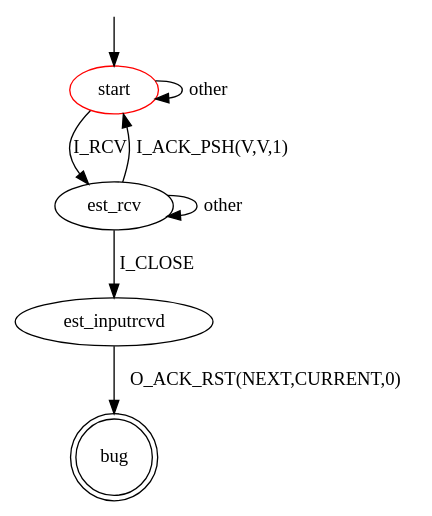
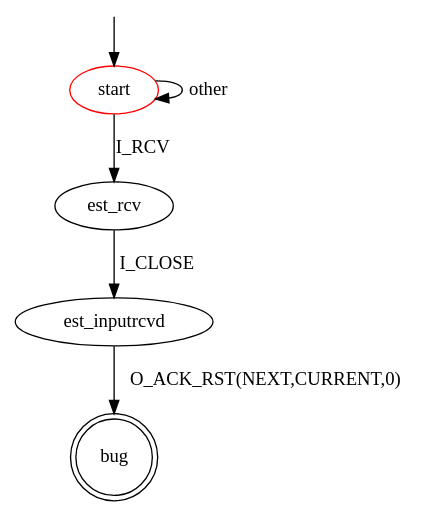
Before and after one commit to assist-project/state-machine-bug-finder: the diagram in src/main/resources/patterns/tcp/client/unexpected_rst.dot, drawn with Graphviz. The commit also changed 19 other files, not shown here.

```diff
--- a/src/main/resources/patterns/tcp/client/unexpected_rst.dot
+++ b/src/main/resources/patterns/tcp/client/unexpected_rst.dot
@@ -1,15 +1,13 @@
 digraph G {
 label=""
 start [color="red"]
 bug [shape="doublecircle"]
 
 start -> est_rcv [label="I_RCV"]
 start -> start [label="other"]
-est_rcv -> start [label="I_ACK_PSH(V,V,1)"]
-est_rcv -> est_rcv [label="other"]
 est_rcv -> est_inputrcvd [label="I_CLOSE"]
 est_inputrcvd -> bug [label="O_ACK_RST(NEXT,CURRENT,0)"]
 
 __start0 [label="" shape="none" width="0" height="0"];
 __start0 -> start;
 }
```
